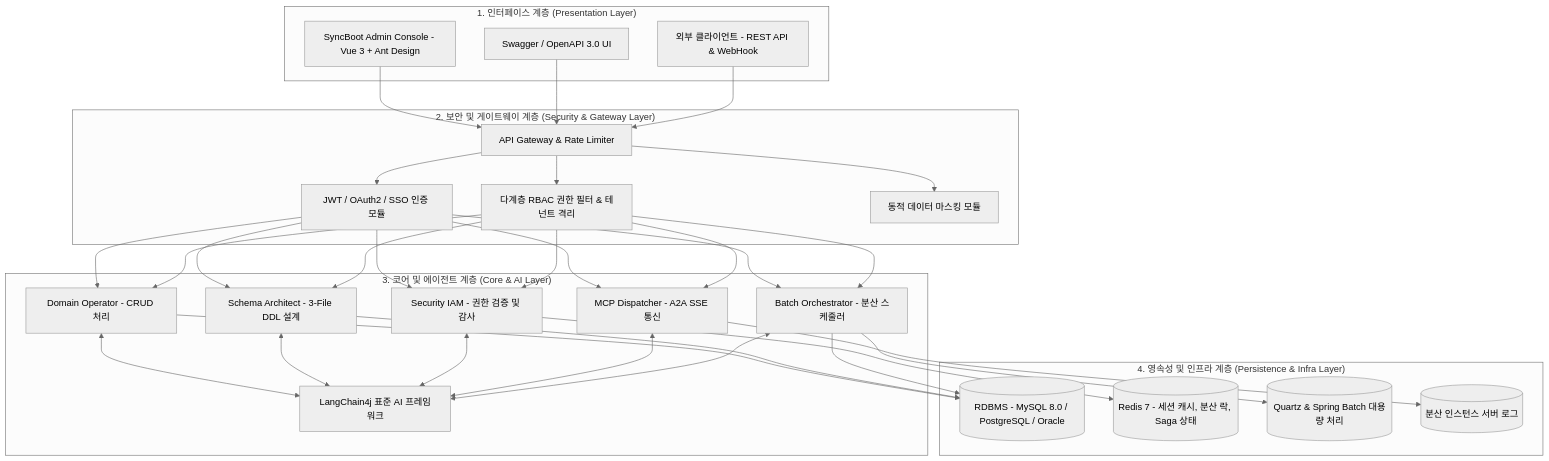
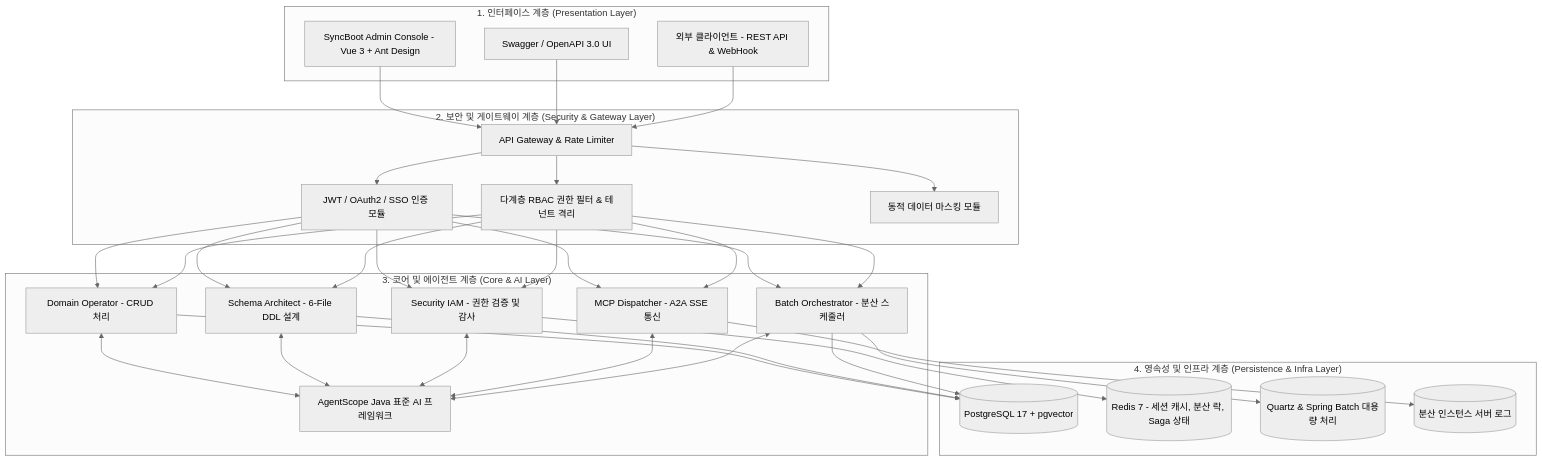
Before and after one commit to DramaticCollaboration/doc.github.io: the diagram in ko/syncboot/architecture.md, drawn with Mermaid (neutral theme). The commit also changed other lines of this file and 21 other files, not shown here.

````diff
--- a/ko/syncboot/architecture.md
+++ b/ko/syncboot/architecture.md
@@ -15,41 +15,41 @@
 ```mermaid
 graph TD
     subgraph "1. 인터페이스 계층 (Presentation Layer)"
         UI1[SyncBoot Admin Console - Vue 3 + Ant Design]
         UI2[Swagger / OpenAPI 3.0 UI]
         UI3[외부 클라이언트 - REST API & WebHook]
     end
 
     subgraph "2. 보안 및 게이트웨이 계층 (Security & Gateway Layer)"
         GW[API Gateway & Rate Limiter]
         JWT[JWT / OAuth2 / SSO 인증 모듈]
         RBAC[다계층 RBAC 권한 필터 & 테넌트 격리]
         MASK[동적 데이터 마스킹 모듈]
     end
 
     subgraph "3. 코어 및 에이전트 계층 (Core & AI Layer)"
         AGENT1[Domain Operator - CRUD 처리]
-        AGENT2[Schema Architect - 3-File DDL 설계]
+        AGENT2[Schema Architect - 6-File DDL 설계]
         AGENT3[Security IAM - 권한 검증 및 감사]
         AGENT4[MCP Dispatcher - A2A SSE 통신]
         AGENT5[Batch Orchestrator - 분산 스케줄러]
-        LC4J[LangChain4j 표준 AI 프레임워크]
+        AS[AgentScope Java 표준 AI 프레임워크]
     end
 
     subgraph "4. 영속성 및 인프라 계층 (Persistence & Infra Layer)"
-        RDB[(RDBMS - MySQL 8.0 / PostgreSQL / Oracle)]
+        RDB[(PostgreSQL 17 + pgvector)]
         REDIS[(Redis 7 - 세션 캐시, 분산 락, Saga 상태)]
         BATCH[(Quartz & Spring Batch 대용량 처리)]
         LOGS[(분산 인스턴스 서버 로그)]
     end
 
     UI1 & UI2 & UI3 --> GW
     GW --> JWT & RBAC & MASK
     JWT & RBAC --> AGENT1 & AGENT2 & AGENT3 & AGENT4 & AGENT5
-    AGENT1 & AGENT2 & AGENT3 & AGENT4 & AGENT5 <--> LC4J
+    AGENT1 & AGENT2 & AGENT3 & AGENT4 & AGENT5 <--> AS
     AGENT1 --> RDB
     AGENT2 --> RDB
     AGENT3 --> REDIS
     AGENT4 --> LOGS
     AGENT5 --> BATCH & RDB
 ```
````
